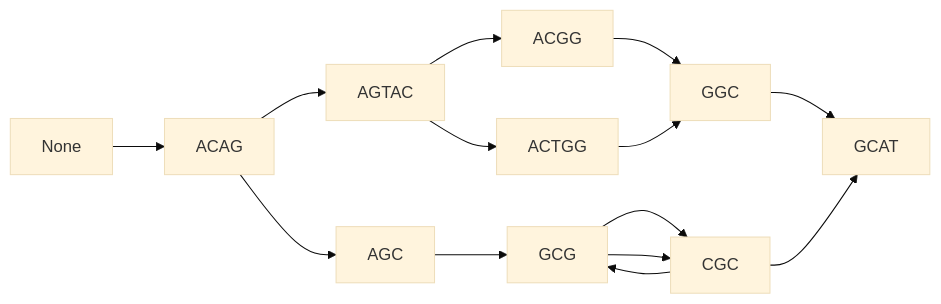
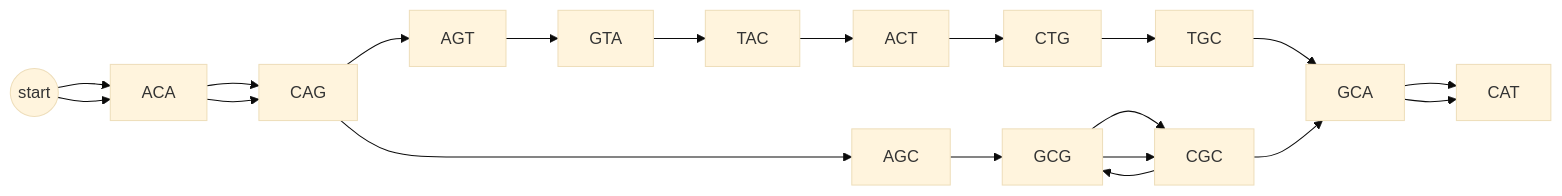
One commit to khiron/dBGAlignLib changed the first of 2 diagrams in tests/output/cycle_compressed.md. Above: the diagram before and after it, drawn with Mermaid (base theme). The commit also changed other lines of this file and 12 other files, not shown here.

````diff
--- a/tests/output/cycle_compressed.md
+++ b/tests/output/cycle_compressed.md
@@ -1,16 +1,13 @@
 ```mermaid
 graph LR;
-None --> ACAG;
-ACAG --> AGTAC;
-ACAG --> AGC;
-AGTAC --> ACGG;
-AGTAC --> ACTGG;
+s((start)) --> ACA--> CAG;
+s((start)) --> ACA--> CAG;
+CAG --> AGT-->GTA-->TAC-->ACT-->CTG-->TGC-->GCA-->CAT;
+CAG --> AGC;
 AGC --> GCG;
-ACGG --> GGC;
-ACTGG --> GGC;
 GCG --> CGC;
 GCG --> CGC;
-GGC --> GCAT;
 CGC --> GCG;
-CGC --> GCAT;
+CGC --> GCA;
+GCA --> CAT;
 ```
````
